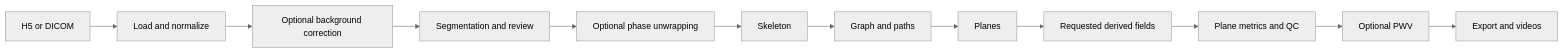
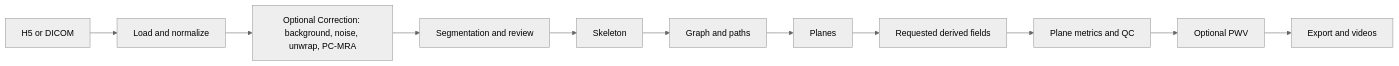
One commit to AssociatedPrimeIdeal/AutoFlow changed the diagram in docs/en/features/index.md. Above: the diagram before and after it, drawn with Mermaid (neutral theme). The commit also changed other lines of this file and 66 other files, not shown here.

````diff
--- a/docs/en/features/index.md
+++ b/docs/en/features/index.md
@@ -5,14 +5,13 @@
 ```mermaid
 flowchart LR
     A[H5 or DICOM] --> B[Load and normalize]
-    B --> C[Optional background correction]
+    B --> C[Optional Correction: background, noise, unwrap, PC-MRA]
     C --> D[Segmentation and review]
-    D --> E[Optional phase unwrapping]
-    E --> F[Skeleton]
+    D --> F[Skeleton]
     F --> G[Graph and paths]
     G --> H[Planes]
     H --> I[Requested derived fields]
     I --> J[Plane metrics and QC]
     J --> K[Optional PWV]
     K --> L[Export and videos]
 ```
````
